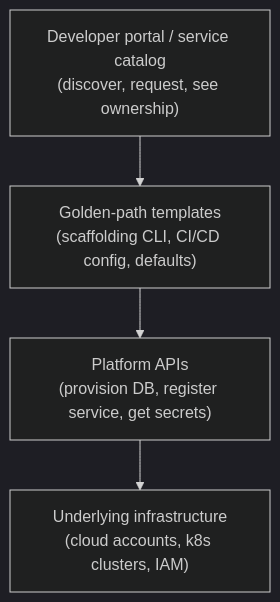
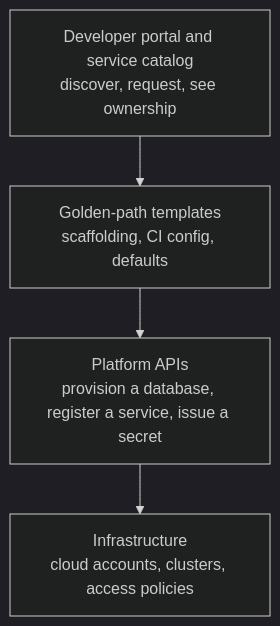
The first of 2 diagrams in src/content/architecture/platform-engineering/L2-concept.mdx (francoandreDev/knowledge), drawn with Mermaid (dark theme) before and after one commit. The commit also changed other lines of this file and 18 other files, not shown here.

Commit message:
Migrate architecture batch 3 (tech-radar, platform-engineering, multi-tenant-architecture, reference-architectures) to the three-tier exercise model

````diff
--- a/src/content/architecture/platform-engineering/L2-concept.mdx
+++ b/src/content/architecture/platform-engineering/L2-concept.mdx
@@ -48,9 +43,8 @@
 ```mermaid
 flowchart TB
-    Portal["Developer portal / service catalog\n(discover, request, see ownership)"]
-    Golden["Golden-path templates\n(scaffolding CLI, CI/CD config, defaults)"]
-    PlatformAPI["Platform APIs\n(provision DB, register service, get secrets)"]
-    Infra["Underlying infrastructure\n(cloud accounts, k8s clusters, IAM)"]
-
-    Portal --> Golden --> PlatformAPI --> Infra
+    Portal["Developer portal and service catalog<br/>discover, request, see ownership"]
+    Golden["Golden-path templates<br/>scaffolding, CI config, defaults"]
+    API["Platform APIs<br/>provision a database, register a service, issue a secret"]
+    Infra["Infrastructure<br/>cloud accounts, clusters, access policies"]
+    Portal --> Golden --> API --> Infra
 ```
````
